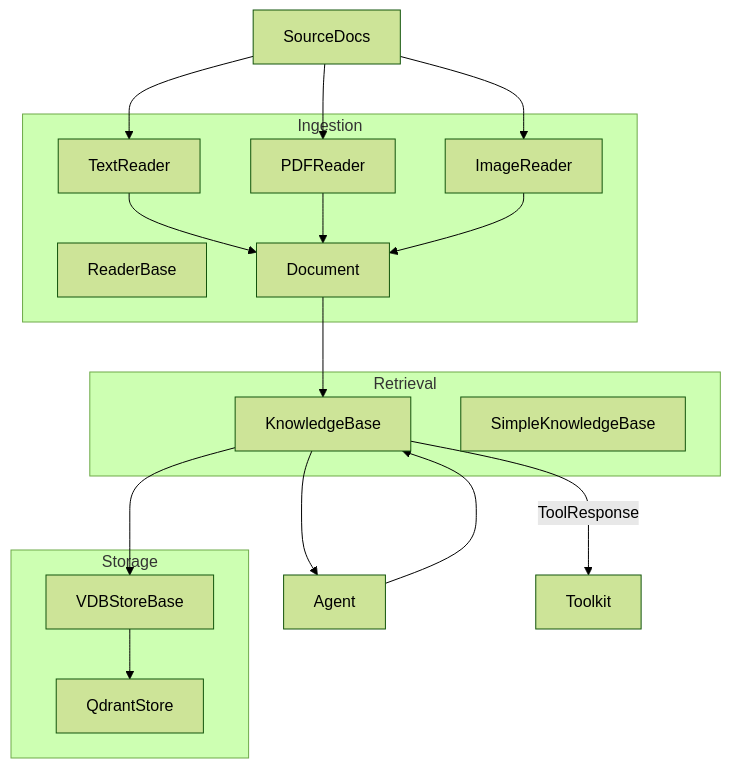
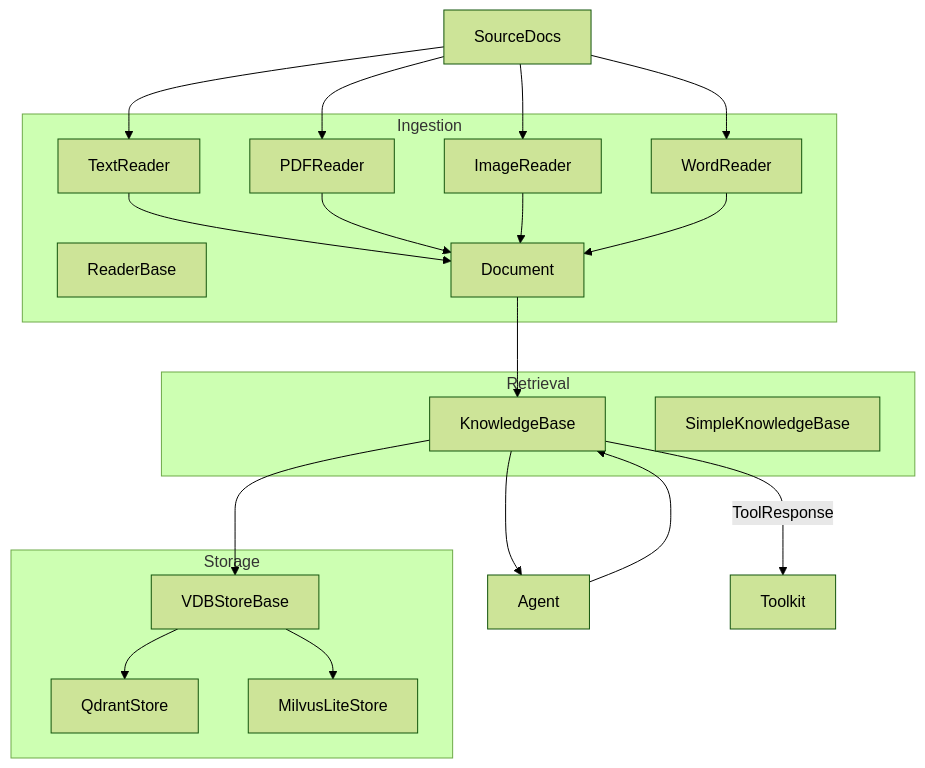
One commit to agentscope-ai/agentscope changed the diagram in docs/rag/SOP.md. Above: the diagram before and after it, drawn with Mermaid (forest theme). The commit also changed other lines of this file and 2 other files, not shown here.

````diff
--- a/docs/rag/SOP.md
+++ b/docs/rag/SOP.md
@@ -10,28 +10,33 @@
 ```mermaid
 graph TD
     subgraph Ingestion
         READER_BASE[ReaderBase]
         TXT[TextReader]
         PDF[PDFReader]
         IMG[ImageReader]
+        WORD[WordReader]
         DOC[Document]
     end
     subgraph Storage
         STORE_BASE[VDBStoreBase]
         QDR[QdrantStore]
+        MLV[MilvusLiteStore]
     end
     subgraph Retrieval
         KB[KnowledgeBase]
         SKB[SimpleKnowledgeBase]
     end
     SourceDocs --> TXT
     SourceDocs --> PDF
     SourceDocs --> IMG
+    SourceDocs --> WORD
     TXT & PDF & IMG --> DOC
+    WORD --> DOC
     DOC --> KB
     KB --> STORE_BASE
     STORE_BASE --> QDR
+    STORE_BASE --> MLV
     Agent --> KB
     KB --> Agent
     KB -->|ToolResponse| Toolkit
 ```
````
